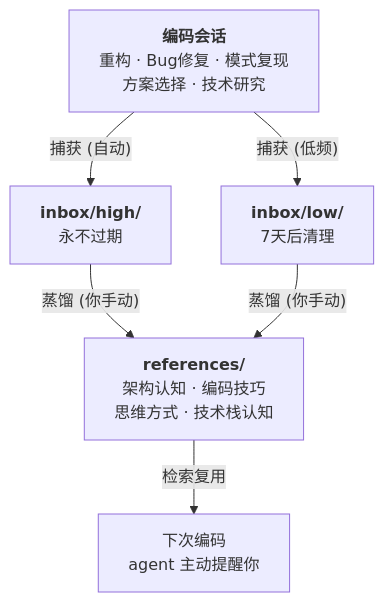
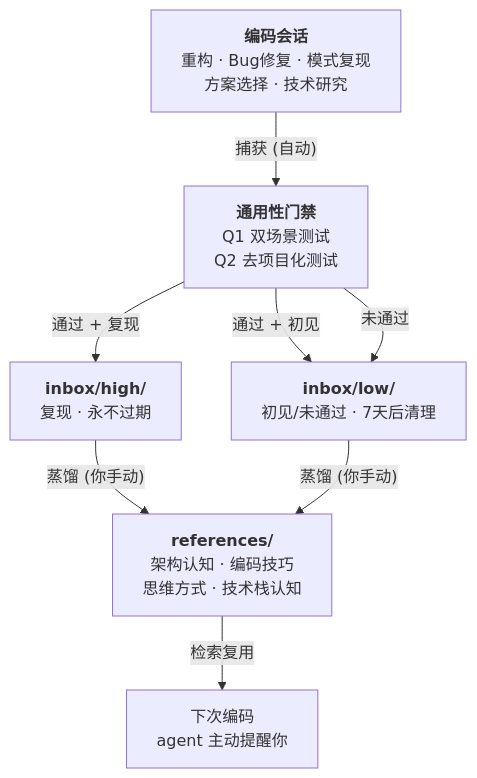
Before and after one commit to Clannad47/coding-wisdom: the third of 3 diagrams in README.md, drawn with Mermaid. The commit also changed other lines of this file and 8 other files, not shown here.

````diff
--- a/README.md
+++ b/README.md
@@ -96,17 +98,21 @@
 ```mermaid
 flowchart TD
     SESSION["<b>编码会话</b><br/>重构 · Bug修复 · 模式复现<br/>方案选择 · 技术研究"]
 
-    HIGH["<b>inbox/high/</b><br/>永不过期"]
-    LOW["<b>inbox/low/</b><br/>7天后清理"]
+    GATE["<b>通用性门禁</b><br/>Q1 双场景测试<br/>Q2 去项目化测试"]
+
+    HIGH["<b>inbox/high/</b><br/>复现 · 永不过期"]
+    LOW["<b>inbox/low/</b><br/>初见/未通过 · 7天后清理"]
 
     REFS["<b>references/</b><br/>架构认知 · 编码技巧<br/>思维方式 · 技术栈认知"]
 
     NEXT["下次编码<br/>agent 主动提醒你"]
 
-    SESSION -->|"捕获 (自动)"| HIGH
-    SESSION -->|"捕获 (低频)"| LOW
+    SESSION -->|"捕获 (自动)"| GATE
+    GATE -->|"通过 + 复现"| HIGH
+    GATE -->|"通过 + 初见"| LOW
+    GATE -->|"未通过"| LOW
     HIGH -->|"蒸馏 (你手动)"| REFS
     LOW -->|"蒸馏 (你手动)"| REFS
     REFS -->|"检索复用"| NEXT
 ```
````
